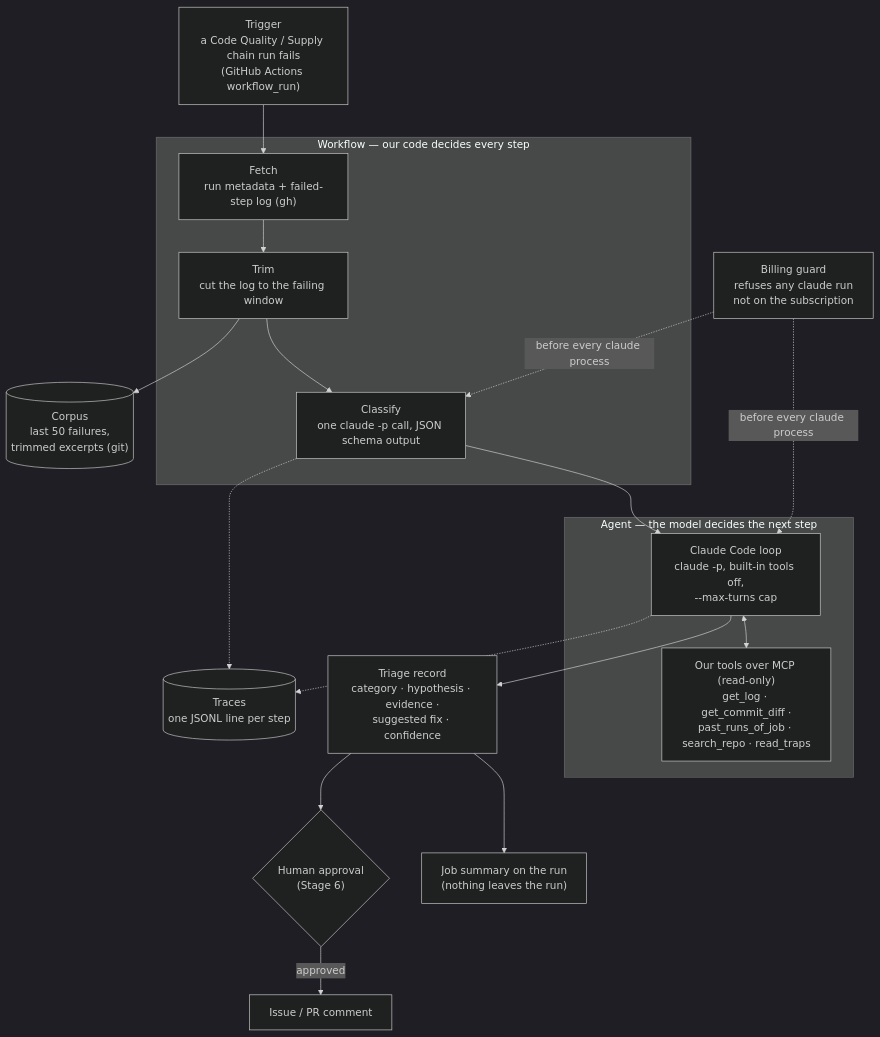
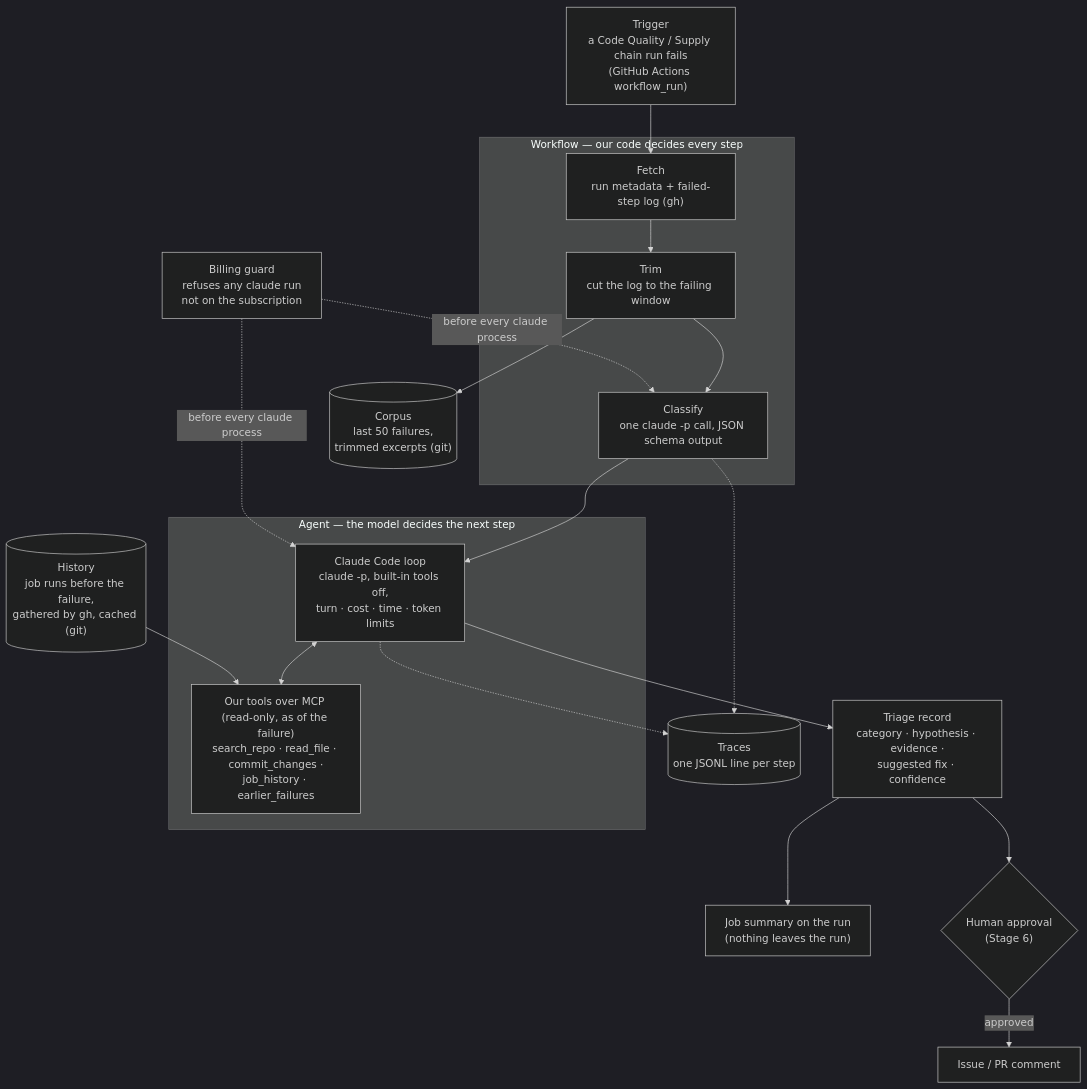
One commit to mille409Fog/ethereal-hotel changed the diagram in triage/docs/ARCHITECTURE.md. Above: the diagram before and after it, drawn with Mermaid (dark theme). The commit also changed other lines of this file and 142 other files, not shown here.

````diff
--- a/triage/docs/ARCHITECTURE.md
+++ b/triage/docs/ARCHITECTURE.md
@@ -12,34 +12,37 @@
 ```mermaid
 flowchart TD
     trigger["Trigger<br/>a Code Quality / Supply chain run fails<br/>(GitHub Actions workflow_run)"]
 
     subgraph workflow["Workflow — our code decides every step"]
         fetch["Fetch<br/>run metadata + failed-step log (gh)"]
         trim["Trim<br/>cut the log to the failing window"]
         classify["Classify<br/>one claude -p call, JSON schema output"]
     end
 
     subgraph agent["Agent — the model decides the next step"]
-        loop["Claude Code loop<br/>claude -p, built-in tools off,<br/>--max-turns cap"]
-        tools["Our tools over MCP (read-only)<br/>get_log · get_commit_diff ·<br/>past_runs_of_job · search_repo · read_traps"]
+        loop["Claude Code loop<br/>claude -p, built-in tools off,<br/>turn · cost · time · token limits"]
+        tools["Our tools over MCP (read-only, as of the failure)<br/>search_repo · read_file · commit_changes ·<br/>job_history · earlier_failures"]
         loop <--> tools
     end
+
+    history[("History<br/>job runs before the failure,<br/>gathered by gh, cached (git)")]
+    history --> tools
 
     record["Triage record<br/>category · hypothesis · evidence ·<br/>suggested fix · confidence"]
     summary["Job summary on the run<br/>(nothing leaves the run)"]
     gate{"Human approval<br/>(Stage 6)"}
     publish["Issue / PR comment"]
 
     corpus[("Corpus<br/>last 50 failures,<br/>trimmed excerpts (git)")]
     traces[("Traces<br/>one JSONL line per step")]
     guard["Billing guard<br/>refuses any claude run<br/>not on the subscription"]
 
     trigger --> fetch --> trim --> classify --> loop --> record
     record --> summary
     record --> gate -->|approved| publish
     trim --> corpus
     classify -.-> traces
     loop -.-> traces
     guard -. "before every claude process" .-> classify
     guard -. "before every claude process" .-> loop
 ```
````
